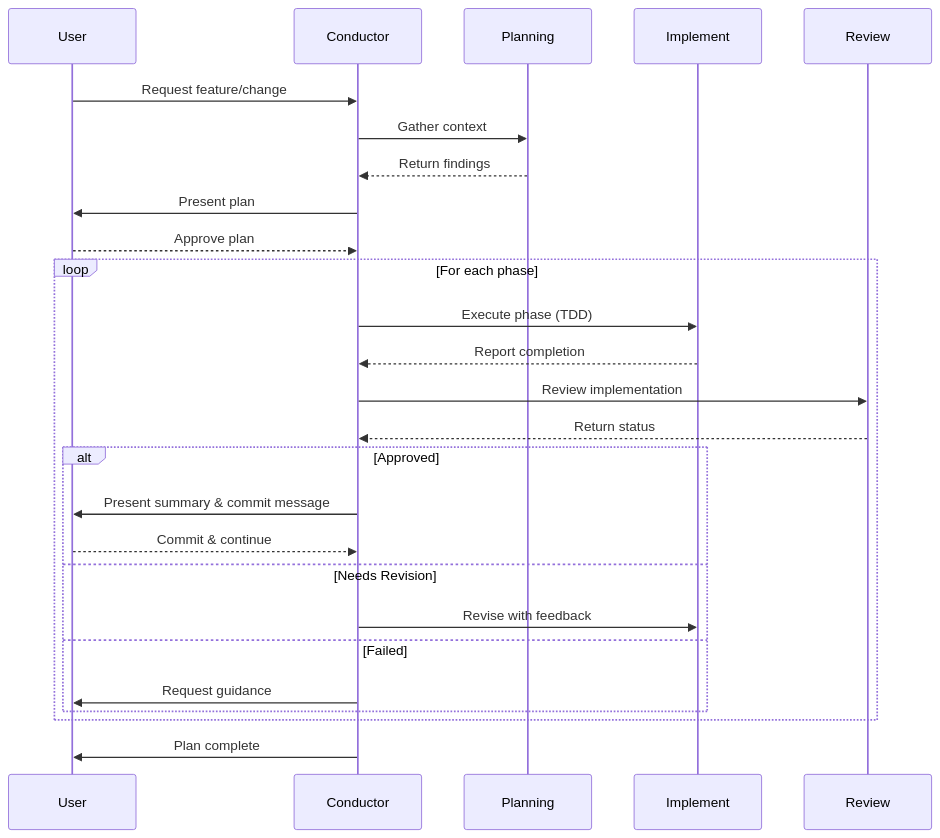
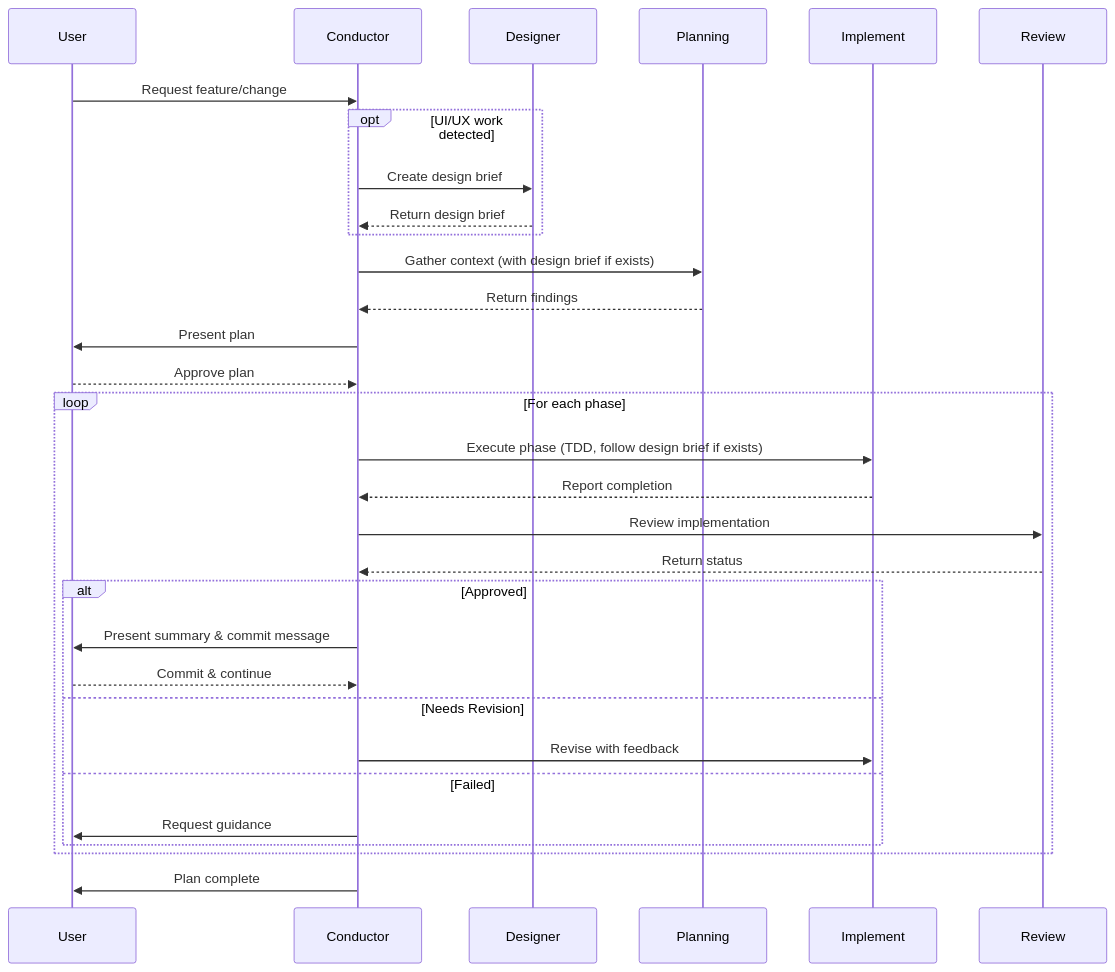
One commit to cornelhattingh/copilot-orchestra changed the diagram in README.md. Above: the diagram before and after it, drawn with Mermaid. The commit also changed other lines of this file and 4 other files, not shown here.

Commit message:
Add designer subagent for UI/UX design tasks and update orchestration workflow

````diff
--- a/README.md
+++ b/README.md
@@ -189,32 +215,39 @@
 ```mermaid
 sequenceDiagram
     participant User
     participant Conductor
+    participant Designer
     participant Planning
     participant Implement
     participant Review
 
     User->>Conductor: Request feature/change
-    Conductor->>Planning: Gather context
+    
+    opt UI/UX work detected
+        Conductor->>Designer: Create design brief
+        Designer-->>Conductor: Return design brief
+    end
+    
+    Conductor->>Planning: Gather context (with design brief if exists)
     Planning-->>Conductor: Return findings
     Conductor->>User: Present plan
     User-->>Conductor: Approve plan
     
     loop For each phase
-        Conductor->>Implement: Execute phase (TDD)
+        Conductor->>Implement: Execute phase (TDD, follow design brief if exists)
         Implement-->>Conductor: Report completion
         Conductor->>Review: Review implementation
         Review-->>Conductor: Return status
         
         alt Approved
             Conductor->>User: Present summary & commit message
             User-->>Conductor: Commit & continue
         else Needs Revision
             Conductor->>Implement: Revise with feedback
         else Failed
             Conductor->>User: Request guidance
         end
     end
     
     Conductor->>User: Plan complete
 ```
````
